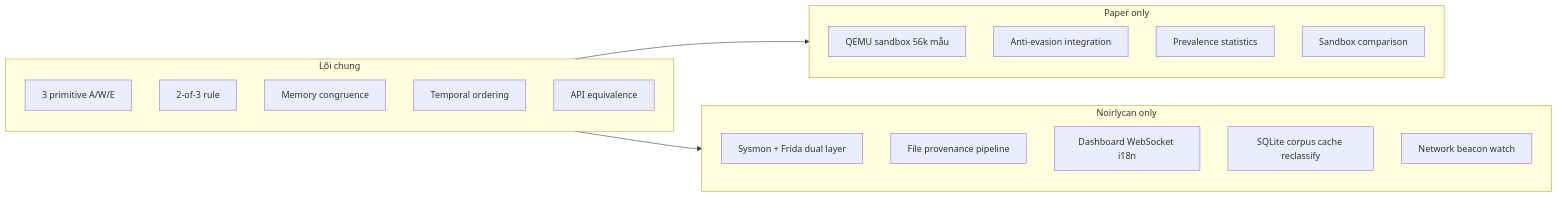
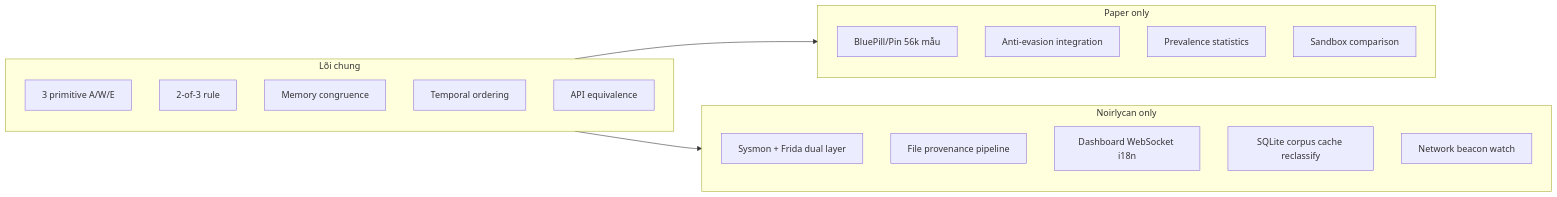
The sixth of 6 diagrams in docs/architecture-diagrams.md (noirlycan/NoirlycanThesis), drawn with Mermaid before and after one commit. The commit also changed other lines of this file and 261 other files, not shown here.

````diff
--- a/docs/architecture-diagrams.md
+++ b/docs/architecture-diagrams.md
@@ -297,28 +297,28 @@
 ```mermaid
 flowchart LR
   subgraph shared [Lõi chung]
     S1["3 primitive A/W/E"]
     S2["2-of-3 rule"]
     S3["Memory congruence"]
     S4["Temporal ordering"]
     S5["API equivalence"]
   end
 
   subgraph paper_only [Paper only]
-    P1["QEMU sandbox 56k mẫu"]
+    P1["BluePill/Pin 56k mẫu"]
     P2["Anti-evasion integration"]
     P3["Prevalence statistics"]
     P4["Sandbox comparison"]
   end
 
   subgraph noir_only [Noirlycan only]
     N1["Sysmon + Frida dual layer"]
     N2["File provenance pipeline"]
     N3["Dashboard WebSocket i18n"]
     N4["SQLite corpus cache reclassify"]
     N5["Network beacon watch"]
   end
 
   shared --> paper_only
   shared --> noir_only
 ```
````
